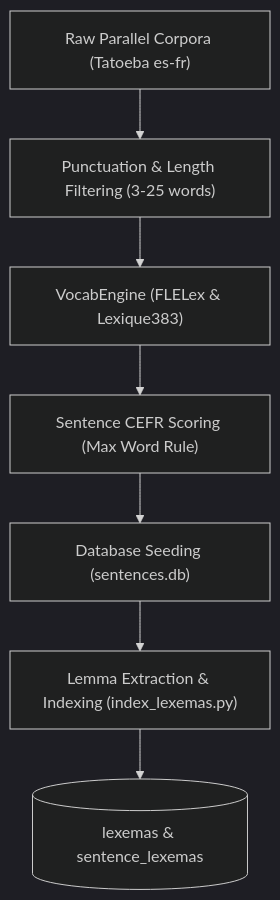
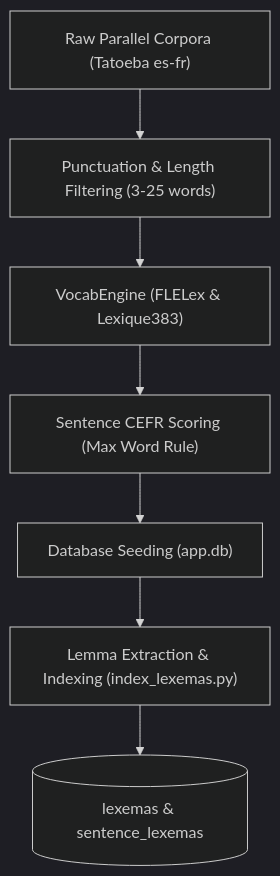
The diagram in docs/Data Creation.md (eyengabompongo8/deep-tutor), drawn with Mermaid (dark theme) before and after one commit. The commit also changed other lines of this file and 12 other files, not shown here.

Commit message:
Migrated sentences.db to app.db

````diff
--- a/docs/Data Creation.md
+++ b/docs/Data Creation.md
@@ -5,9 +5,9 @@
 ```mermaid
 flowchart TD
     Raw["Raw Parallel Corpora (Tatoeba es-fr)"] --> Clean["Punctuation & Length Filtering (3-25 words)"]
     Clean --> Vocab["VocabEngine (FLELex & Lexique383)"]
     Vocab --> Score["Sentence CEFR Scoring (Max Word Rule)"]
-    Score --> Seed["Database Seeding (sentences.db)"]
+    Score --> Seed["Database Seeding (app.db)"]
     Seed --> Index["Lemma Extraction & Indexing (index_lexemas.py)"]
     Index --> Lexemas[("lexemas & sentence_lexemas")]
 ```
````
